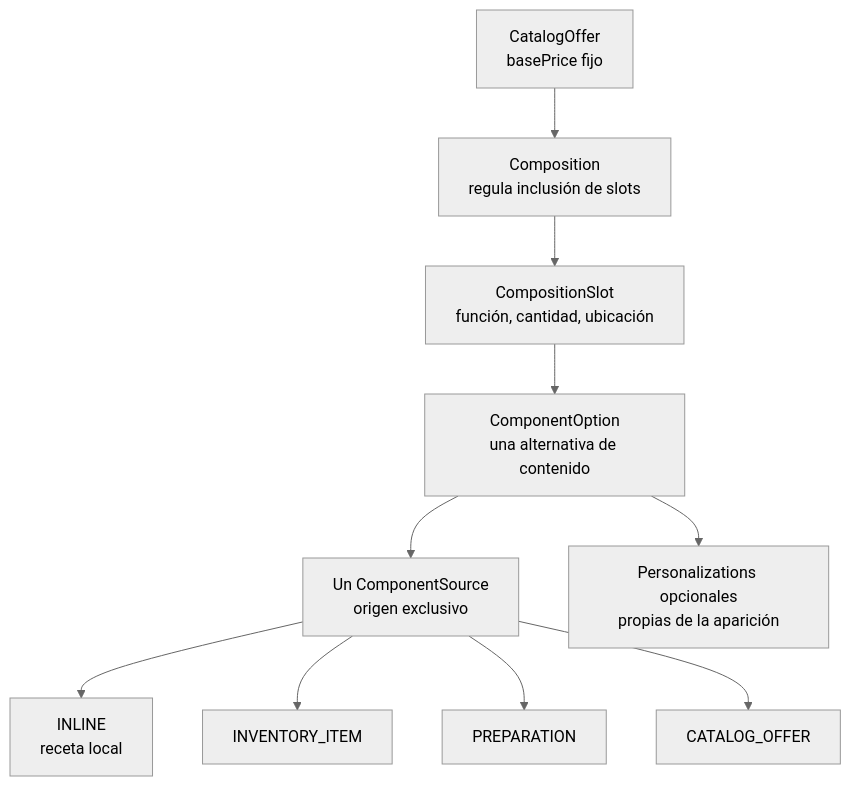
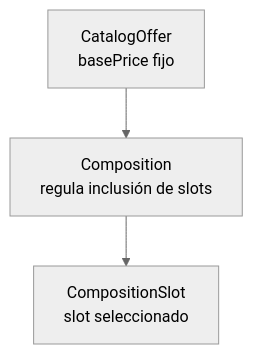
The third of 4 diagrams in docs/ers/architechture.md (FMAT-Restaurant/Menu-Documentation), drawn with Mermaid (neutral theme) before and after one commit. The commit also changed other lines of this file and 12 other files, not shown here.

````diff
--- a/docs/ers/architechture.md
+++ b/docs/ers/architechture.md
@@ -384,12 +259,5 @@
 ```mermaid
 flowchart TB
     Offer["CatalogOffer<br/>basePrice fijo"] --> Composition["Composition<br/>regula inclusión de slots"]
-    Composition --> Slot["CompositionSlot<br/>función, cantidad, ubicación"]
-    Slot --> Option["ComponentOption<br/>una alternativa de contenido"]
-    Option --> Source["Un ComponentSource<br/>origen exclusivo"]
-    Option --> Personalizations["Personalizations opcionales<br/>propias de la aparición"]
-    Source --> Inline["INLINE<br/>receta local"]
-    Source --> Inventory["INVENTORY_ITEM"]
-    Source --> Preparation["PREPARATION"]
-    Source --> CatalogOfferRef["CATALOG_OFFER"]
+    Composition --> Slot["CompositionSlot<br/>slot seleccionado"]
 ```
````
